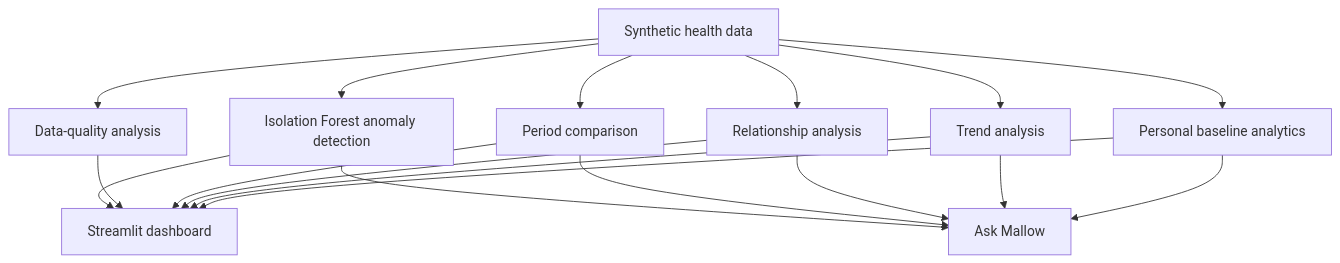
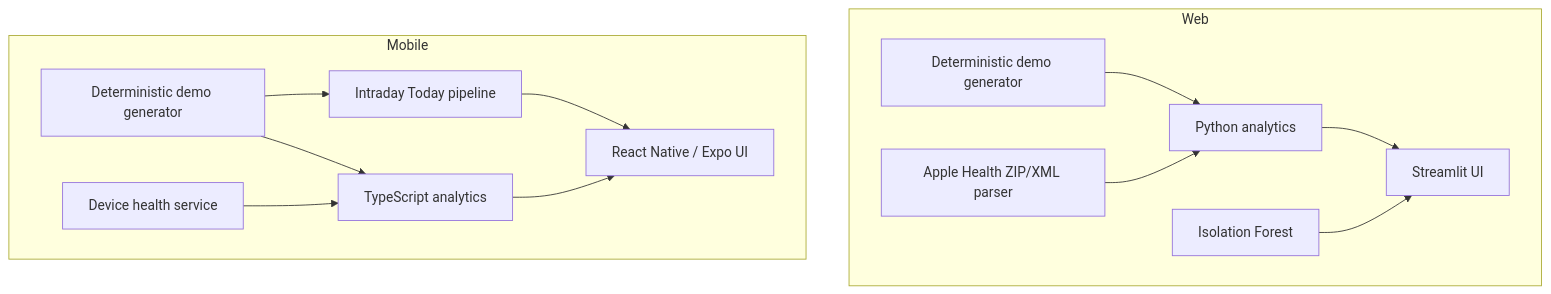
The second of 2 diagrams in README.md (papoochu/mallow-health), drawn with Mermaid before and after one commit. The commit also changed other lines of this file and 2 other files, not shown here.

Commit message:
Update Mallow portfolio documentation

````diff
--- a/README.md
+++ b/README.md
@@ -138,22 +281,29 @@
 ```mermaid
 flowchart TD
-    A[Synthetic health data] --> B[Personal baseline analytics]
-    A --> C[Trend analysis]
-    A --> D[Relationship analysis]
-    A --> E[Period comparison]
-    A --> F[Data-quality analysis]
-    A --> G[Isolation Forest anomaly detection]
+    subgraph Web
+        WD[Deterministic demo generator]
+        AH[Apple Health ZIP/XML parser]
+        SW[Streamlit UI]
+        PA[Python analytics]
+        IA[Isolation Forest]
+    end
 
-    B --> H[Streamlit dashboard]
-    C --> H
-    D --> H
-    E --> H
-    F --> H
-    G --> H
+    subgraph Mobile
+        MD[Deterministic demo generator]
+        DH[Device health service]
+        RN[React Native / Expo UI]
+        TA[TypeScript analytics]
+        TD[Intraday Today pipeline]
+    end
 
-    B --> I[Ask Mallow]
-    C --> I
-    D --> I
-    E --> I
-    G --> I
+    WD --> PA
+    AH --> PA
+    PA --> SW
+    IA --> SW
+
+    MD --> TA
+    DH --> TA
+    MD --> TD
+    TD --> RN
+    TA --> RN
 ```
````
